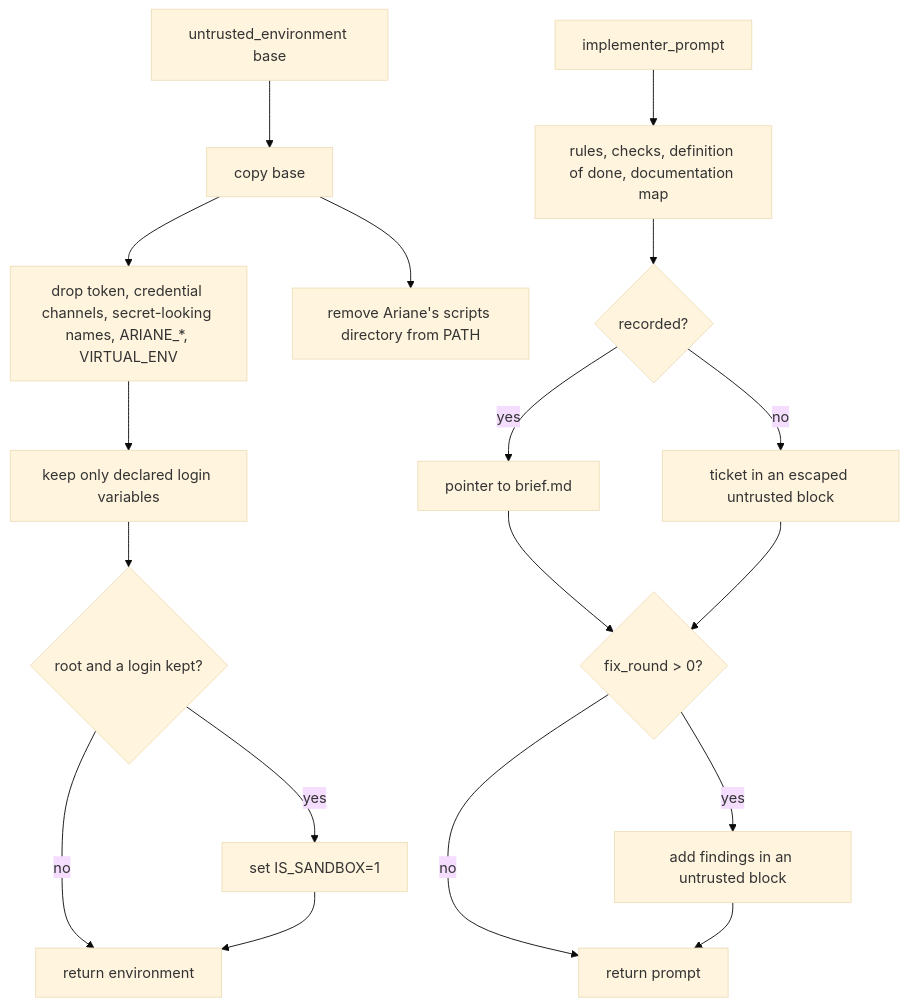
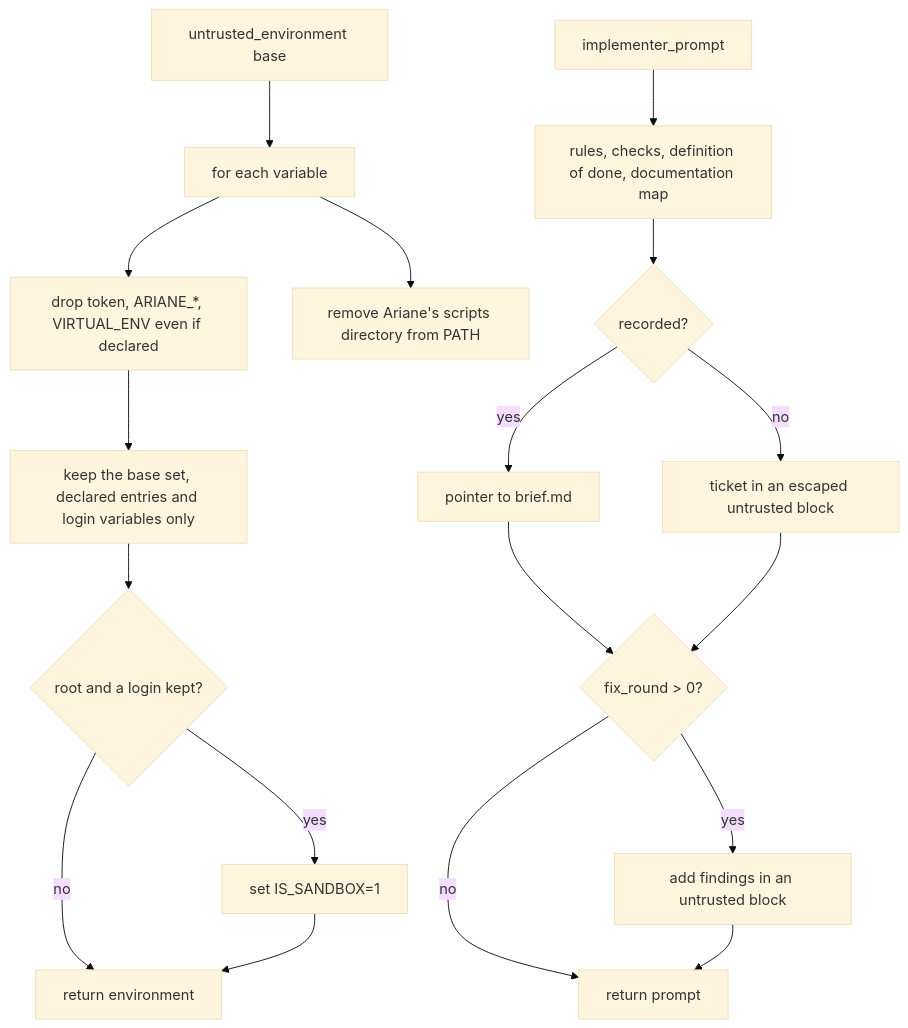
One commit to plaplanche/ariane changed the first of 3 diagrams in docs/architecture/modules/context.md. Above: the diagram before and after it, drawn with Mermaid (base theme). The commit also changed other lines of this file and 20 other files, not shown here.

Commit message:
#168: Security hardening, behaviour change: an allow list of environment variables for agents and checks, plus [project] env (C21)

````diff
--- a/docs/architecture/modules/context.md
+++ b/docs/architecture/modules/context.md
@@ -23,20 +26,20 @@
 ```mermaid
 flowchart TD
-  A[untrusted_environment base] --> B[copy base]
-  B --> C[drop token, credential channels, secret-looking names, ARIANE_*, VIRTUAL_ENV]
+  A[untrusted_environment base] --> B[for each variable]
+  B --> C[drop token, ARIANE_*, VIRTUAL_ENV even if declared]
   B --> B2[remove Ariane's scripts directory from PATH]
-  C --> D[keep only declared login variables]
+  C --> D[keep the base set, declared entries and login variables only]
   D --> E{root and a login kept?}
   E -- yes --> F[set IS_SANDBOX=1]
   E -- no --> G[return environment]
   F --> G
   H[implementer_prompt] --> I[rules, checks, definition of done, documentation map]
   I --> J{recorded?}
   J -- yes --> K[pointer to brief.md]
   J -- no --> L[ticket in an escaped untrusted block]
   K --> M{fix_round > 0?}
   L --> M
   M -- yes --> N[add findings in an untrusted block]
   M -- no --> O[return prompt]
   N --> O
 ```
````
